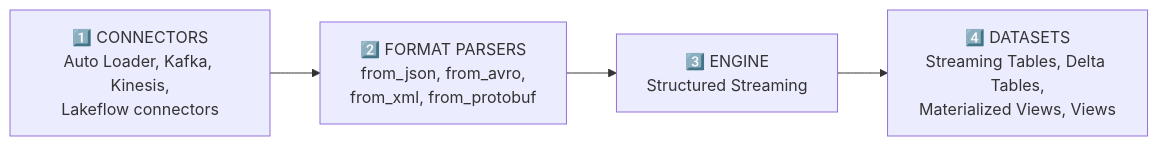
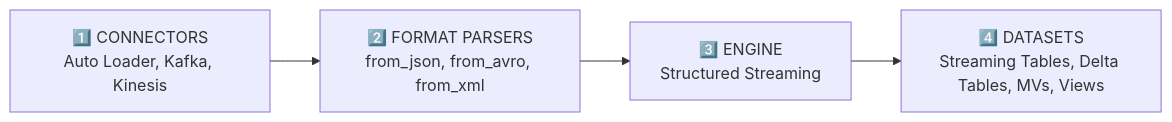
The second of 4 diagrams in documents/Theory_and_concepts/databricks/databricks.md (Panther010/learning), drawn with Mermaid before and after one commit. The commit also changed other lines of this file and 3 other files, not shown here.

````diff
--- a/documents/Theory_and_concepts/databricks/databricks.md
+++ b/documents/Theory_and_concepts/databricks/databricks.md
@@ -155,6 +202,6 @@
 ```mermaid
 flowchart LR
-    A["1️⃣ CONNECTORS<br/>Auto Loader, Kafka, Kinesis,<br/>Lakeflow connectors"] --> B["2️⃣ FORMAT PARSERS<br/>from_json, from_avro,<br/>from_xml, from_protobuf"]
+    A["1️⃣ CONNECTORS<br/>Auto Loader, Kafka, Kinesis"] --> B["2️⃣ FORMAT PARSERS<br/>from_json, from_avro, from_xml"]
     B --> C["3️⃣ ENGINE<br/>Structured Streaming"]
-    C --> D["4️⃣ DATASETS<br/>Streaming Tables, Delta Tables,<br/>Materialized Views, Views"]
+    C --> D["4️⃣ DATASETS<br/>Streaming Tables, Delta Tables, MVs, Views"]
 ```
````
